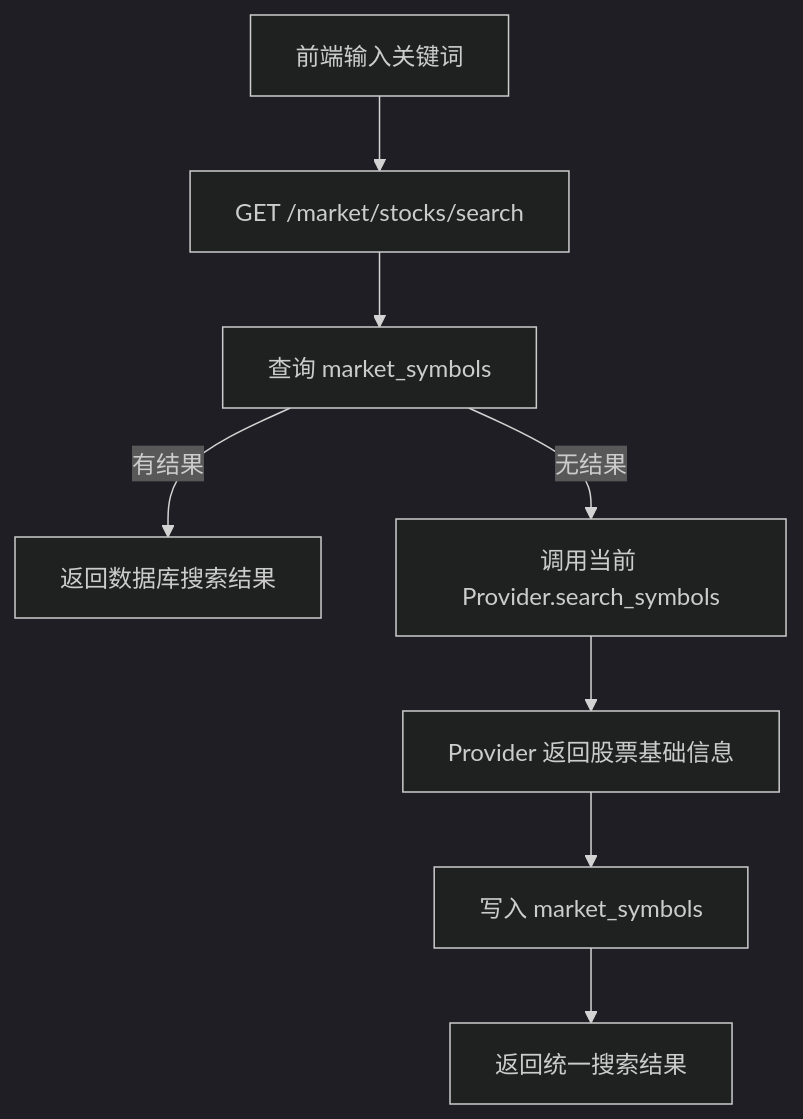
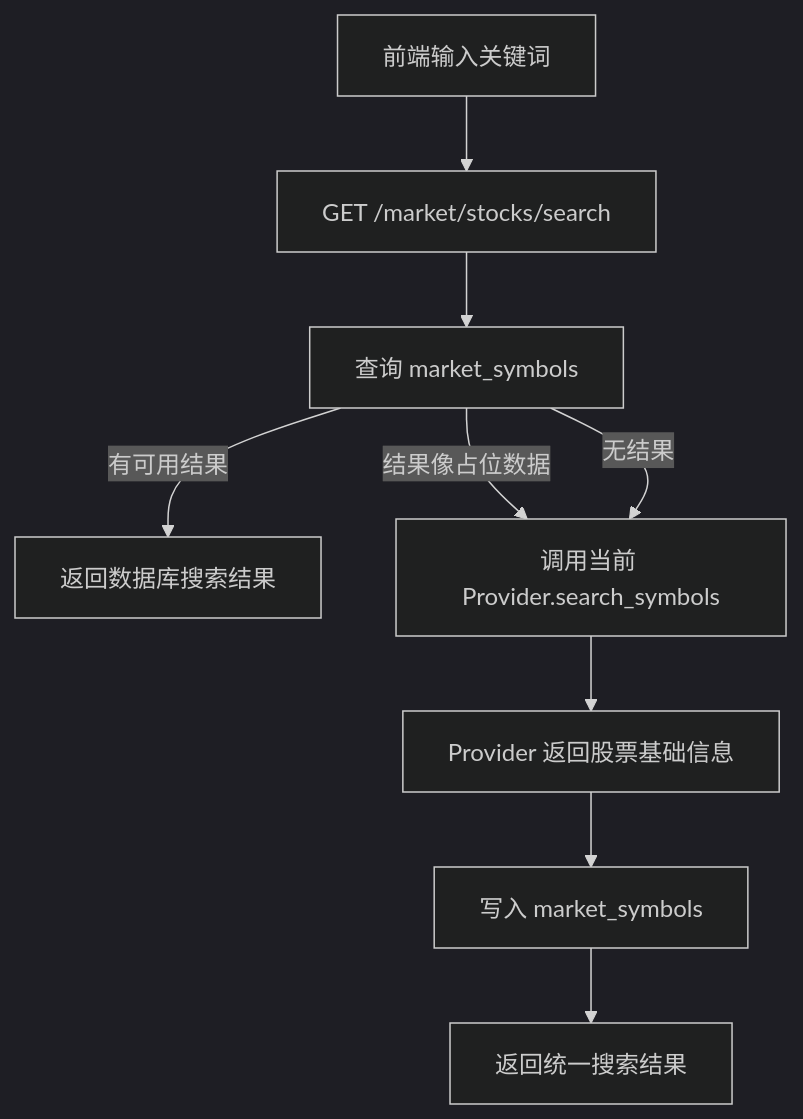
Before and after one commit to deleson/langgraph_commerce_stock_backend: the diagram in docs/api全面介绍.md, drawn with Mermaid (dark theme). The commit also changed other lines of this file and 5 other files, not shown here.

Commit message:
feat: enhance market search sync flow

````diff
--- a/docs/api全面介绍.md
+++ b/docs/api全面介绍.md
@@ -228,10 +229,11 @@
 ```mermaid
 flowchart TD
     A["前端输入关键词"] --> B["GET /market/stocks/search"]
     B --> C["查询 market_symbols"]
-    C -->|有结果| D["返回数据库搜索结果"]
+    C -->|有可用结果| D["返回数据库搜索结果"]
+    C -->|结果像占位数据| E["调用当前 Provider.search_symbols"]
     C -->|无结果| E["调用当前 Provider.search_symbols"]
     E --> F["Provider 返回股票基础信息"]
     F --> G["写入 market_symbols"]
     G --> H["返回统一搜索结果"]
 ```
````
